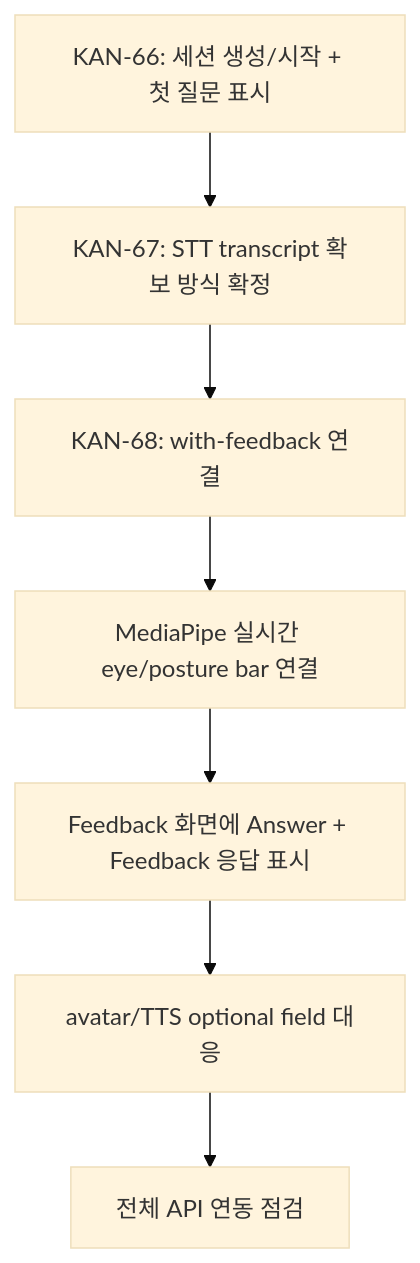
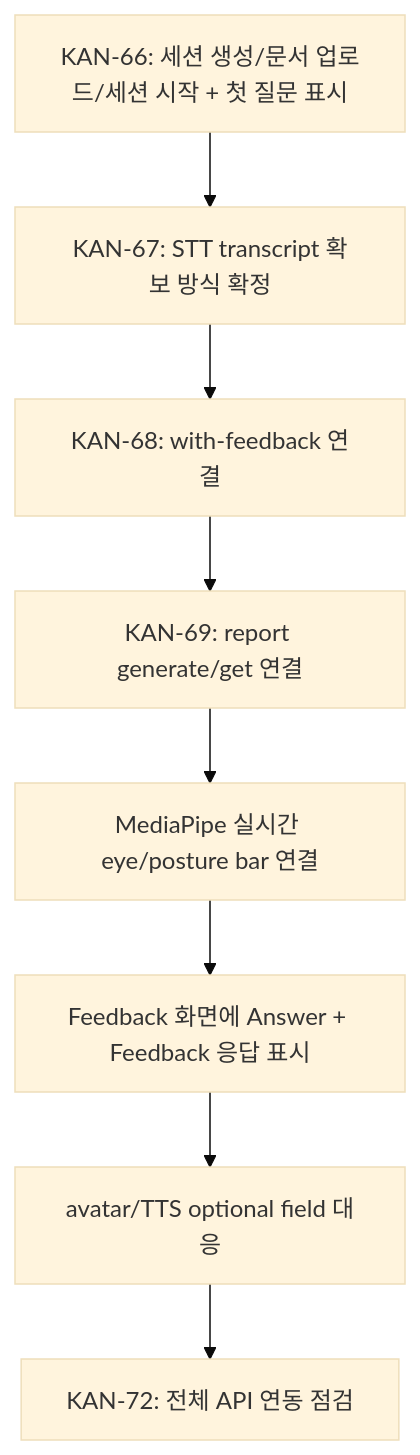
One commit to AXIA-AI-Tutor/frontend changed the seventh of 7 diagrams in docs/live-ai-stt-mediapipe-integration-notes.md. Above: the diagram before and after it, drawn with Mermaid (base theme). The commit also changed other lines of this file, not shown here.

Commit message:
KAN-66 docs(common): AI 연동 회의 자료 보강

````diff
--- a/docs/live-ai-stt-mediapipe-integration-notes.md
+++ b/docs/live-ai-stt-mediapipe-integration-notes.md
@@ -379,9 +767,10 @@
 ```mermaid
 flowchart TD
-  A[KAN-66: 세션 생성/시작 + 첫 질문 표시] --> B[KAN-67: STT transcript 확보 방식 확정]
+  A[KAN-66: 세션 생성/문서 업로드/세션 시작 + 첫 질문 표시] --> B[KAN-67: STT transcript 확보 방식 확정]
   B --> C[KAN-68: with-feedback 연결]
-  C --> D[MediaPipe 실시간 eye/posture bar 연결]
-  D --> E[Feedback 화면에 Answer + Feedback 응답 표시]
-  E --> F[avatar/TTS optional field 대응]
-  F --> G[전체 API 연동 점검]
+  C --> D[KAN-69: report generate/get 연결]
+  D --> E[MediaPipe 실시간 eye/posture bar 연결]
+  E --> F[Feedback 화면에 Answer + Feedback 응답 표시]
+  F --> G[avatar/TTS optional field 대응]
+  G --> H[KAN-72: 전체 API 연동 점검]
 ```
````
